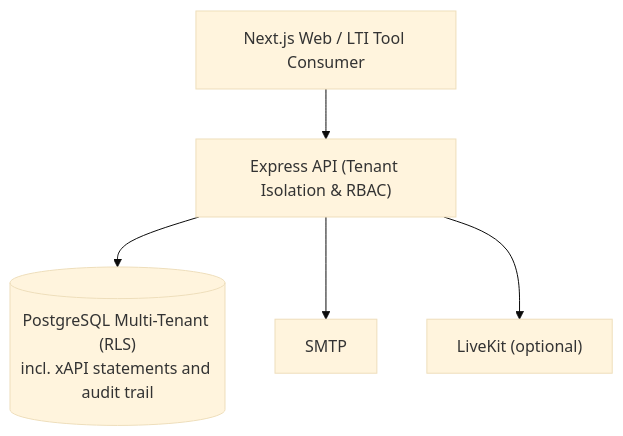
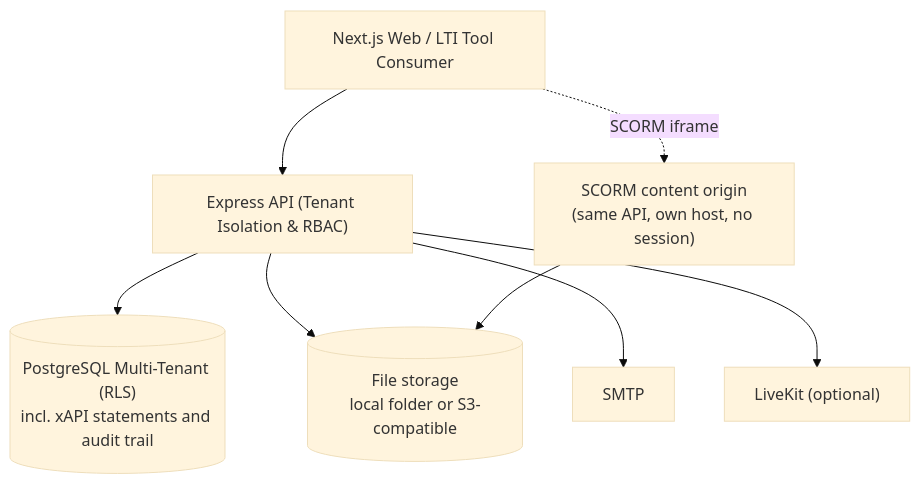
The diagram in README.md (Shubham81155/lms), drawn with Mermaid (base theme) before and after one commit. The commit also changed other lines of this file and 1 other file, not shown here.

First line of the commit message:
Docs: README and roadmap for Phases 3 and 4

````diff
--- a/README.md
+++ b/README.md
@@ -10,7 +11,10 @@
 ```mermaid
 flowchart TD
     Client["Next.js Web / LTI Tool Consumer"] --> CoreAPI["Express API (Tenant Isolation & RBAC)"]
+    Client -. "SCORM iframe" .-> Content["SCORM content origin<br/>(same API, own host, no session)"]
     CoreAPI --> DB[("PostgreSQL Multi-Tenant (RLS)<br/>incl. xAPI statements and audit trail")]
+    CoreAPI --> Store[("File storage<br/>local folder or S3-compatible")]
+    Content --> Store
     CoreAPI --> SMTP["SMTP"]
     CoreAPI --> Live["LiveKit (optional)"]
 ```
````
